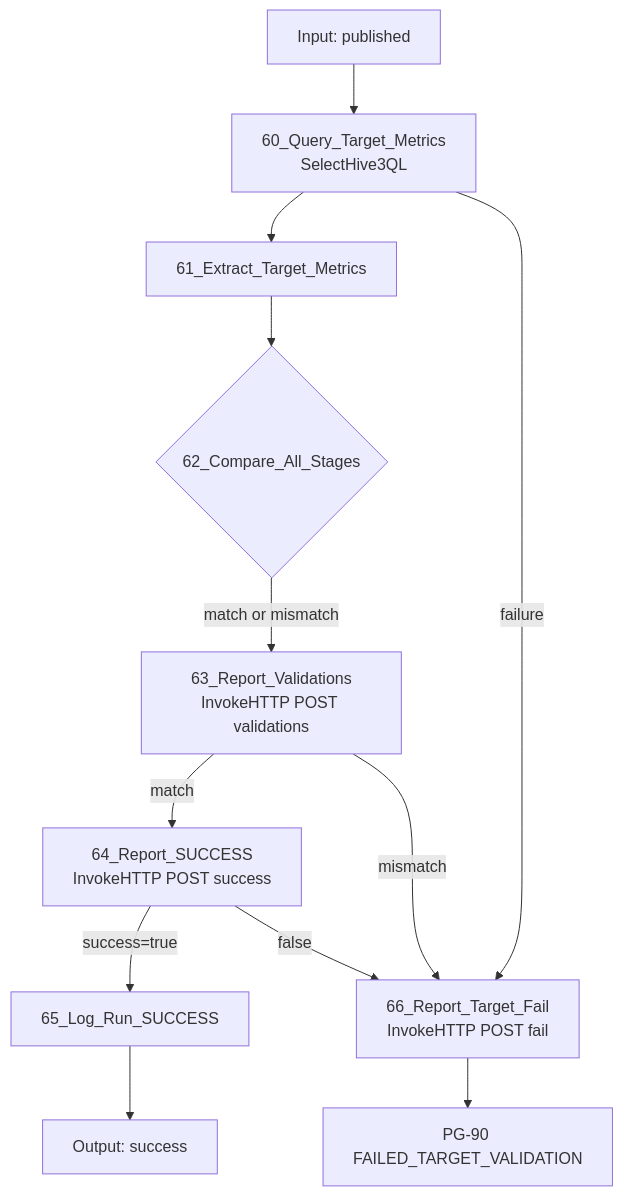
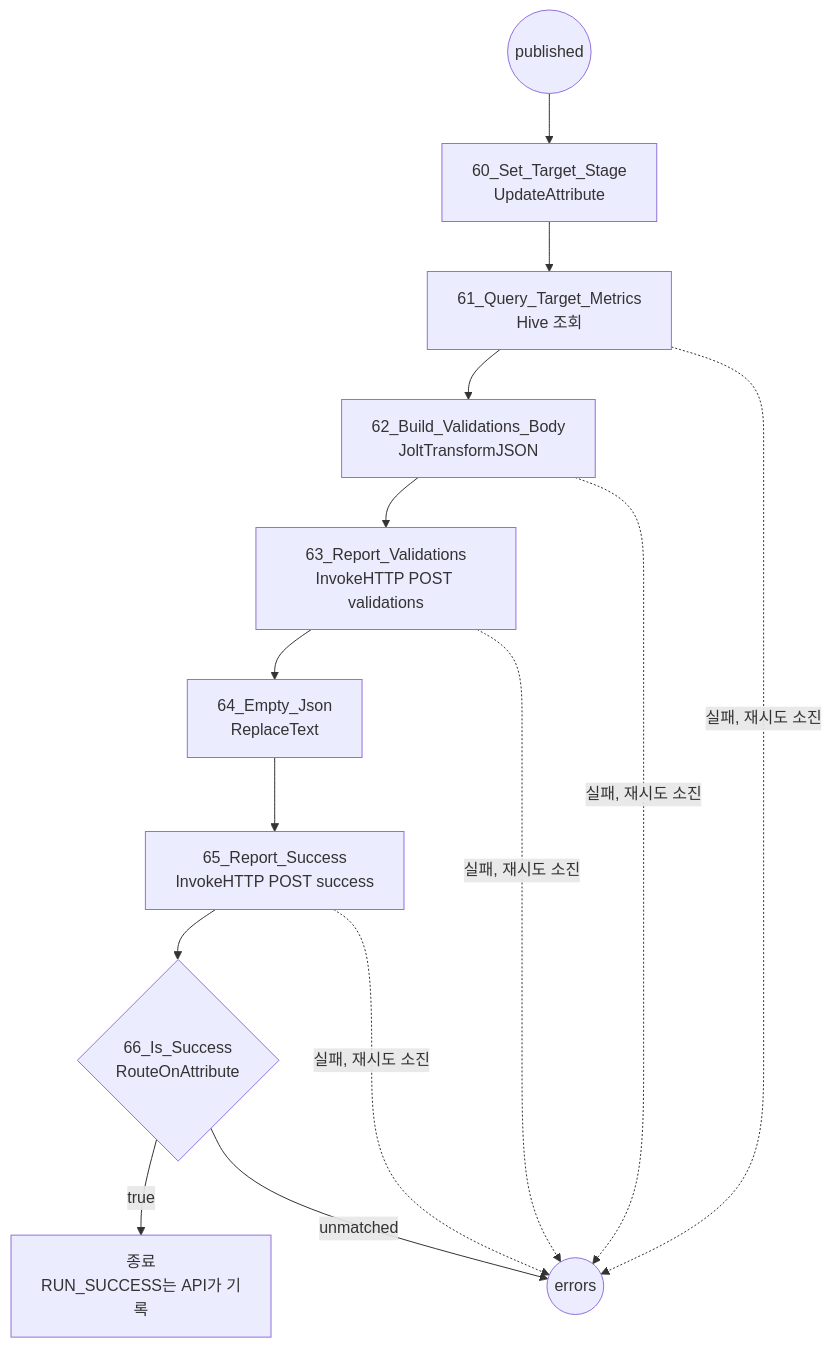
One commit to DataDynamics/nifi-sqoop-removal changed diagram 11 of 13 in nifi-sqoop-removal-guide.md. Above: the diagram before and after it, drawn with Mermaid. The commit also changed other lines of this file and 2 other files, not shown here.

````diff
--- a/nifi-sqoop-removal-guide.md
+++ b/nifi-sqoop-removal-guide.md
@@ -1390,14 +1450,13 @@
 ```mermaid
 flowchart TD
-    I[Input: published] --> Q[60_Query_Target_Metrics<br/>SelectHive3QL]
-    Q --> E[61_Extract_Target_Metrics]
-    E --> C{62_Compare_All_Stages}
-    C -->|match or mismatch| V[63_Report_Validations<br/>InvokeHTTP POST validations]
-    V -->|match| S[64_Report_SUCCESS<br/>InvokeHTTP POST success]
-    V -->|mismatch| F[66_Report_Target_Fail<br/>InvokeHTTP POST fail]
-    S -->|success=true| L[65_Log_Run_SUCCESS]
-    S -->|false| F
-    L --> O[Output: success]
-    Q -->|failure| F
-    F --> FE[PG-90 FAILED_TARGET_VALIDATION]
+    I((published)) --> A[60_Set_Target_Stage<br/>UpdateAttribute]
+    A --> Q[61_Query_Target_Metrics<br/>Hive 조회]
+    Q --> J[62_Build_Validations_Body<br/>JoltTransformJSON]
+    J --> V[63_Report_Validations<br/>InvokeHTTP POST validations]
+    V --> B[64_Empty_Json<br/>ReplaceText]
+    B --> S[65_Report_Success<br/>InvokeHTTP POST success]
+    S --> R{66_Is_Success<br/>RouteOnAttribute}
+    R -->|true| O[종료<br/>RUN_SUCCESS는 API가 기록]
+    R -->|unmatched| ERR((errors))
+    Q & J & V & S -.->|실패, 재시도 소진| ERR
 ```
````
